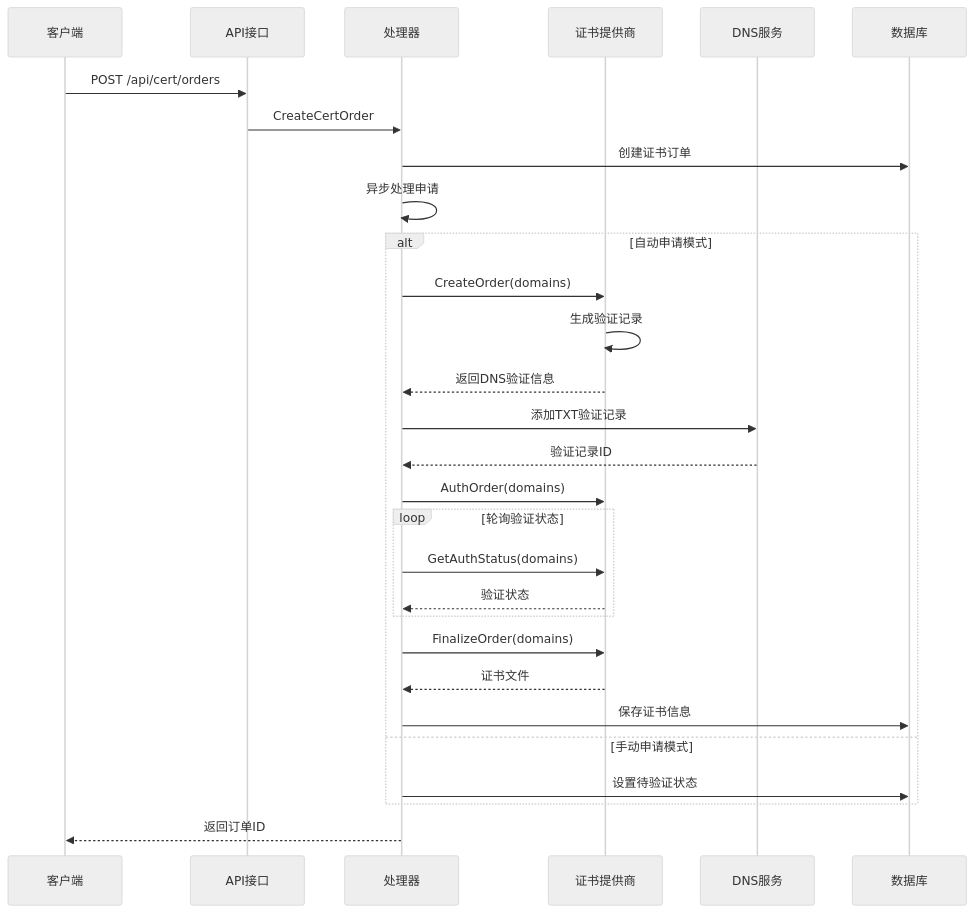
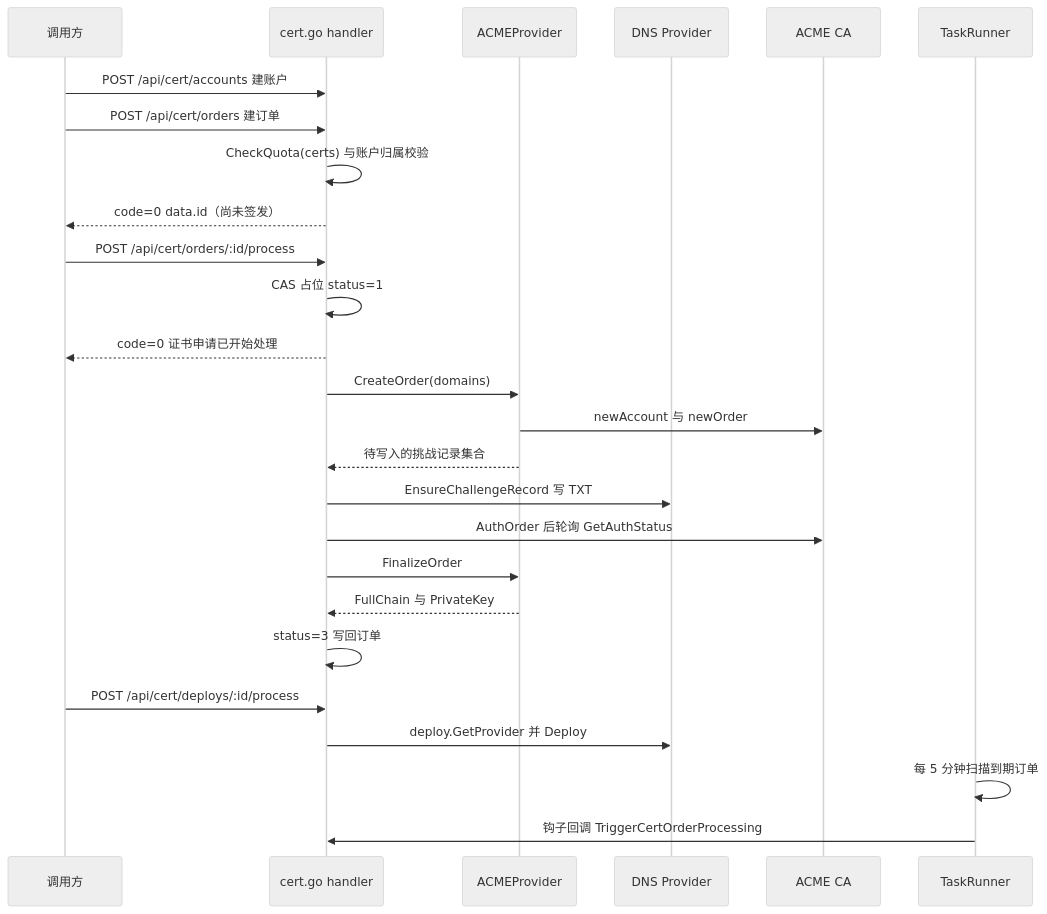
The second of 4 diagrams in docs/API参考文档/证书管理API.md (x01n/dnsplane), drawn with Mermaid (neutral theme) before and after one commit. The commit also changed other lines of this file and 326 other files, not shown here.

````diff
--- a/docs/API参考文档/证书管理API.md
+++ b/docs/API参考文档/证书管理API.md
@@ -211,31 +122,28 @@
 ```mermaid
 sequenceDiagram
-participant Client as 客户端
-participant API as API接口
-participant Handler as 处理器
-participant Provider as 证书提供商
-participant DNS as DNS服务
-participant DB as 数据库
-Client->>API : POST /api/cert/orders
-API->>Handler : CreateCertOrder
-Handler->>DB : 创建证书订单
-Handler->>Handler : 异步处理申请
-alt 自动申请模式
-Handler->>Provider : CreateOrder(domains)
-Provider->>Provider : 生成验证记录
-Provider-->>Handler : 返回DNS验证信息
-Handler->>DNS : 添加TXT验证记录
-DNS-->>Handler : 验证记录ID
-Handler->>Provider : AuthOrder(domains)
-loop 轮询验证状态
-Handler->>Provider : GetAuthStatus(domains)
-Provider-->>Handler : 验证状态
-end
-Handler->>Provider : FinalizeOrder(domains)
-Provider-->>Handler : 证书文件
-Handler->>DB : 保存证书信息
-else 手动申请模式
-Handler->>DB : 设置待验证状态
-end
-Handler-->>Client : 返回订单ID
+    participant C as 调用方
+    participant H as cert.go handler
+    participant P as ACMEProvider
+    participant D as DNS Provider
+    participant CA as ACME CA
+    participant T as TaskRunner
+    C->>H: POST /api/cert/accounts 建账户
+    C->>H: POST /api/cert/orders 建订单
+    H->>H: CheckQuota(certs) 与账户归属校验
+    H-->>C: code=0 data.id（尚未签发）
+    C->>H: POST /api/cert/orders/:id/process
+    H->>H: CAS 占位 status=1
+    H-->>C: code=0 证书申请已开始处理
+    H->>P: CreateOrder(domains)
+    P->>CA: newAccount 与 newOrder
+    P-->>H: 待写入的挑战记录集合
+    H->>D: EnsureChallengeRecord 写 TXT
+    H->>CA: AuthOrder 后轮询 GetAuthStatus
+    H->>P: FinalizeOrder
+    P-->>H: FullChain 与 PrivateKey
+    H->>H: status=3 写回订单
+    C->>H: POST /api/cert/deploys/:id/process
+    H->>D: deploy.GetProvider 并 Deploy
+    T->>T: 每 5 分钟扫描到期订单
+    T->>H: 钩子回调 TriggerCertOrderProcessing
 ```
````
